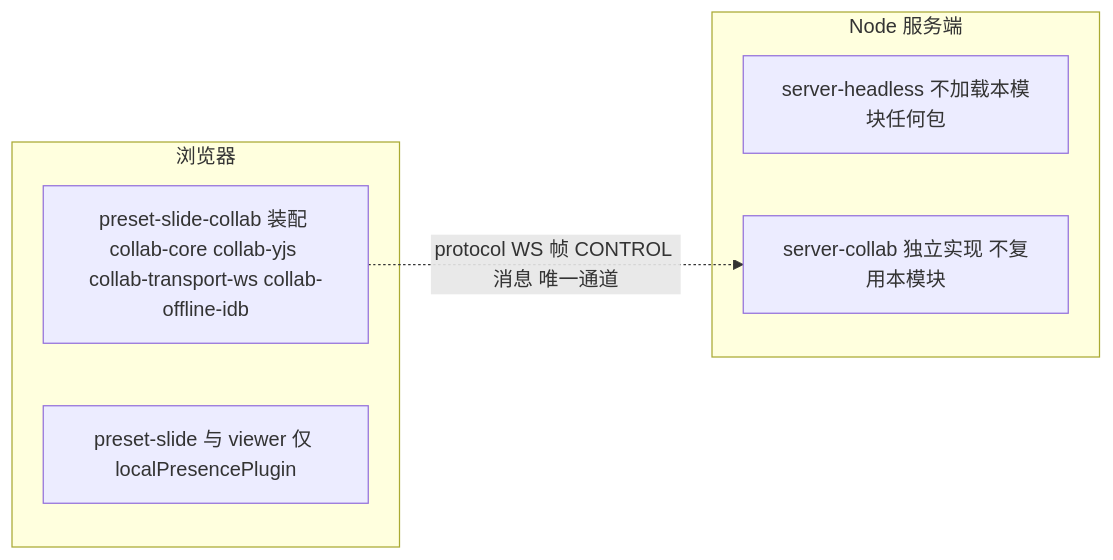
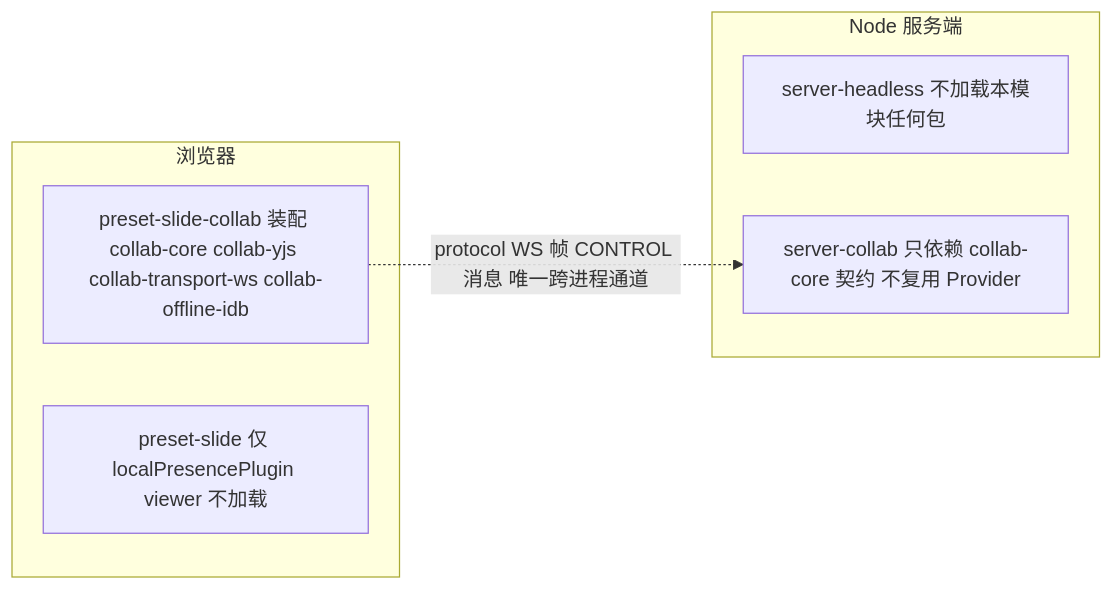
The ninth of 11 diagrams in docs/40-modules/05-collaboration-client.md (Xeonice/cordis-ppt-editor), drawn with Mermaid before and after one commit. The commit also changed other lines of this file and 22 other files, not shown here.

First line of the commit message:
docs(modules): 新增架构图集 18/19，补图并按 §4.18 回写模块设计线

````diff
--- a/docs/40-modules/05-collaboration-client.md
+++ b/docs/40-modules/05-collaboration-client.md
@@ -710,12 +838,12 @@
 ```mermaid
 flowchart LR
   subgraph browserSide["浏览器"]
     fullFour["preset-slide-collab 装配 collab-core collab-yjs collab-transport-ws collab-offline-idb"]
-    localPresence["preset-slide 与 viewer 仅 localPresencePlugin"]
+    localPresence["preset-slide 仅 localPresencePlugin viewer 不加载"]
   end
   subgraph nodeSide["Node 服务端"]
     serverHeadless["server-headless 不加载本模块任何包"]
-    serverCollab["server-collab 独立实现 不复用本模块"]
+    serverCollab["server-collab 只依赖 collab-core 契约 不复用 Provider"]
   end
-  fullFour -. "protocol WS 帧 CONTROL 消息 唯一通道" .-> serverCollab
+  fullFour -. "protocol WS 帧 CONTROL 消息 唯一跨进程通道" .-> serverCollab
 ```
````
